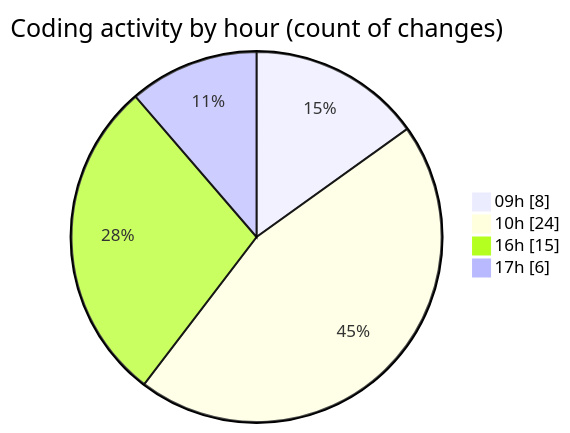
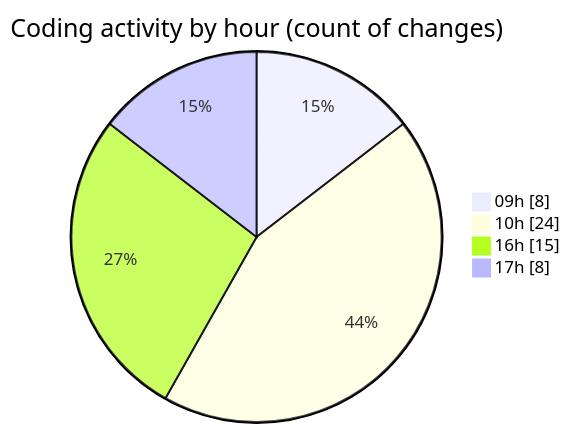
Before and after one commit to julien-gomy/code-tracking: the second of 2 diagrams in 2025-10-09/eventscop-frontend-guide__workspace_/README.md, drawn with Mermaid. The commit also changed other lines of this file and 1 other file, not shown here.

````diff
--- a/2025-10-09/eventscop-frontend-guide__workspace_/README.md
+++ b/2025-10-09/eventscop-frontend-guide__workspace_/README.md
@@ -48,8 +49,8 @@
 ```mermaid
 pie showData
 title Coding activity by hour (count of changes)
 "09h" : 8
 "10h" : 24
 "16h" : 15
-"17h" : 6
+"17h" : 8
 ```
````
